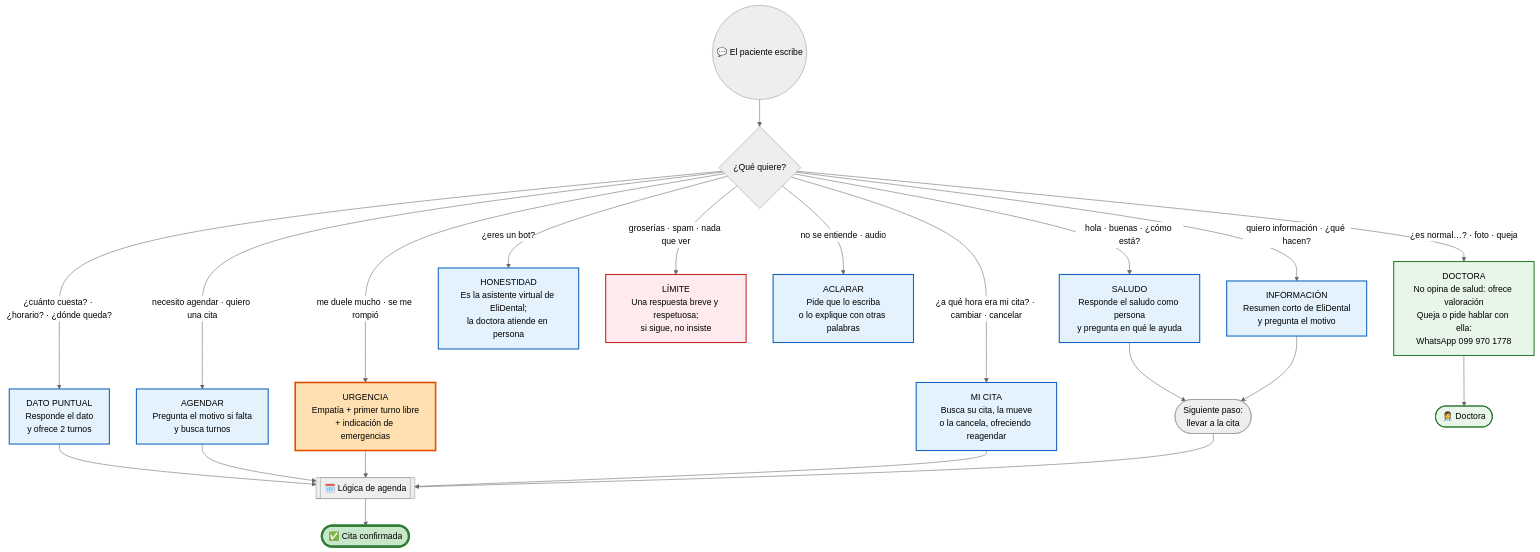
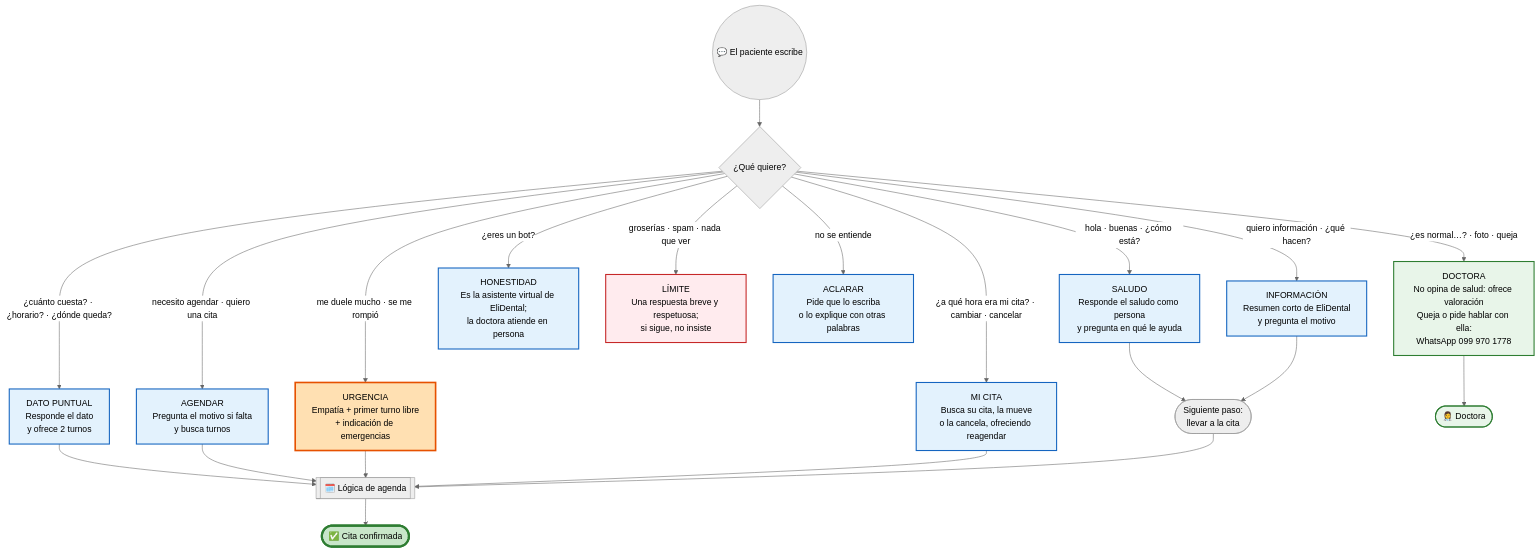
The first of 3 diagrams in docs/conversacion.md (davidethc/agentWhatsap), drawn with Mermaid (neutral theme) before and after one commit. The commit also changed other lines of this file and 2 other files, not shown here.

````diff
--- a/docs/conversacion.md
+++ b/docs/conversacion.md
@@ -18,36 +18,36 @@
 ```mermaid
 flowchart TB
   M(("💬 El paciente escribe")) --> Q{"¿Qué quiere?"}
 
   Q -- "hola · buenas · ¿cómo está?" --> S["SALUDO<br>Responde el saludo como persona<br>y pregunta en qué le ayuda"]
   Q -- "quiero información · ¿qué hacen?" --> I["INFORMACIÓN<br>Resumen corto de EliDental<br>y pregunta el motivo"]
   Q -- "¿cuánto cuesta? · ¿horario? · ¿dónde queda?" --> P["DATO PUNTUAL<br>Responde el dato<br>y ofrece 2 turnos"]
   Q -- "necesito agendar · quiero una cita" --> A["AGENDAR<br>Pregunta el motivo si falta<br>y busca turnos"]
   Q -- "me duele mucho · se me rompió" --> U["URGENCIA<br>Empatía + primer turno libre<br>+ indicación de emergencias"]
   Q -- "¿es normal…? · foto · queja" --> D["DOCTORA<br>No opina de salud: ofrece valoración<br>Queja o pide hablar con ella:<br>WhatsApp 099 970 1778"]
   Q -- "¿a qué hora era mi cita? · cambiar · cancelar" --> C["MI CITA<br>Busca su cita, la mueve<br>o la cancela, ofreciendo reagendar"]
   Q -- "¿eres un bot?" --> B["HONESTIDAD<br>Es la asistente virtual de EliDental;<br>la doctora atiende en persona"]
   Q -- "groserías · spam · nada que ver" --> G["LÍMITE<br>Una respuesta breve y respetuosa;<br>si sigue, no insiste"]
-  Q -- "no se entiende · audio" --> X["ACLARAR<br>Pide que lo escriba<br>o lo explique con otras palabras"]
+  Q -- "no se entiende" --> X["ACLARAR<br>Pide que lo escriba<br>o lo explique con otras palabras"]
 
   S --> N(["Siguiente paso:<br>llevar a la cita"])
   I --> N
   P --> H[["🗓️ Lógica de agenda"]]
   A --> H
   U --> H
   C --> H
   N --> H
   H --> R(["✅ Cita confirmada"])
   D --> E(["👩‍⚕️ Doctora"])
 
   classDef msg fill:#E3F2FD,stroke:#1565C0,stroke-width:2px,color:#000
   classDef urg fill:#FFE0B2,stroke:#E65100,stroke-width:3px,color:#000
   classDef doc fill:#E8F5E9,stroke:#2E7D32,stroke-width:2px,color:#000
   classDef lim fill:#FFEBEE,stroke:#C62828,stroke-width:2px,color:#000
   classDef ok fill:#C8E6C9,stroke:#2E7D32,stroke-width:4px,color:#000
   class S,I,P,A,C,B,X msg
   class U urg
   class D,E doc
   class G lim
   class R ok
 ```
````
